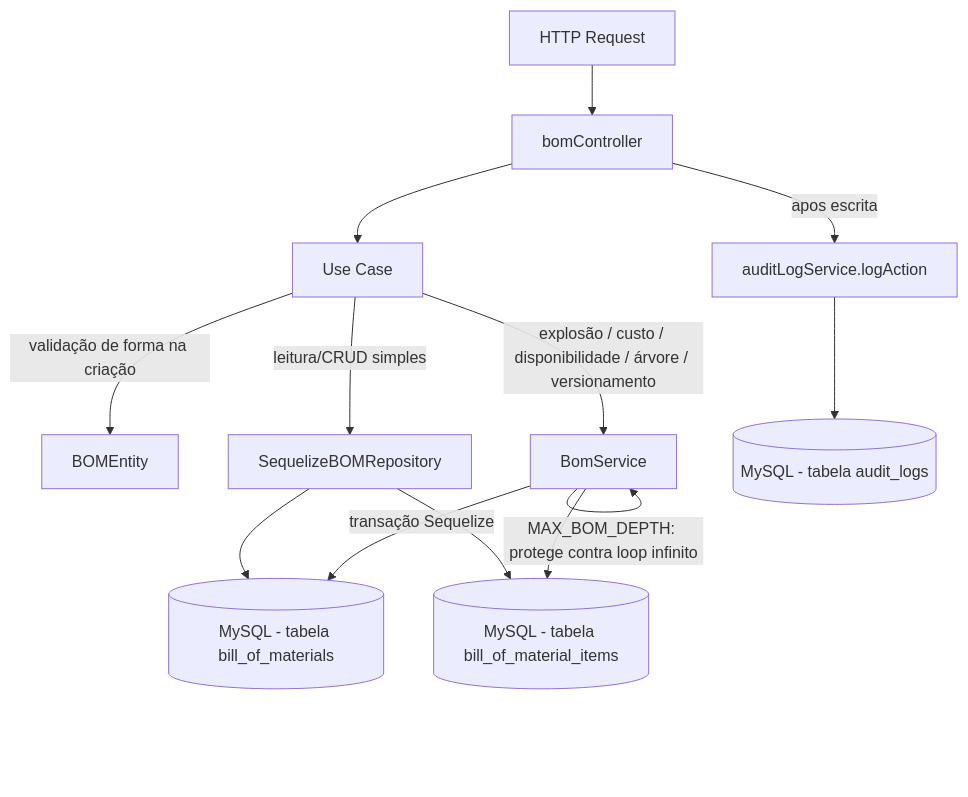
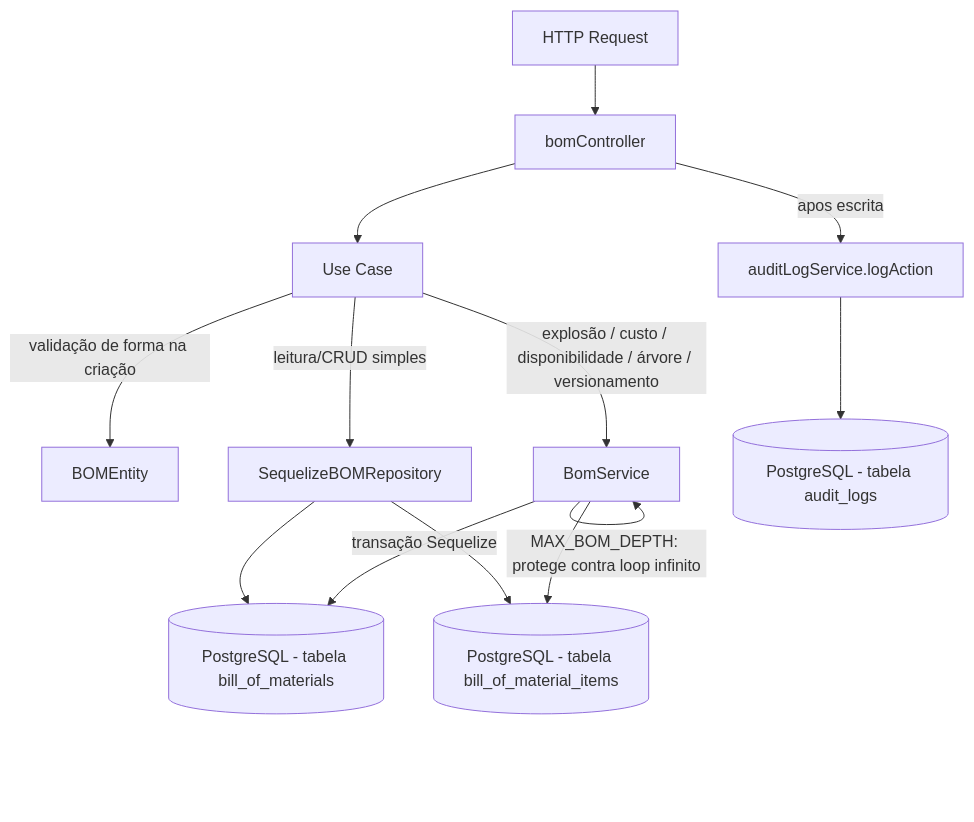
One commit to RomulosouzaEvok/ERP-EVOK-AUDIO-LTDA changed the diagram in server/src/modules/bom/README.md. Above: the diagram before and after it, drawn with Mermaid. The commit also changed other lines of this file and 452 other files, not shown here.

Commit message:
chore: consolidate TypeScript backend and Blackbox roadmap

````diff
--- a/server/src/modules/bom/README.md
+++ b/server/src/modules/bom/README.md
@@ -186,15 +186,15 @@
 ```mermaid
 flowchart TD
   A[HTTP Request] --> B[bomController]
   B --> C[Use Case]
   C -->|validação de forma na criação| D[BOMEntity]
   C -->|leitura/CRUD simples| E[SequelizeBOMRepository]
   C -->|explosão / custo / disponibilidade / árvore / versionamento| F[BomService]
   F -->|MAX_BOM_DEPTH: protege contra loop infinito| F
-  F -->|transação Sequelize| G[(MySQL - tabela bill_of_materials)]
-  F --> H[(MySQL - tabela bill_of_material_items)]
+  F -->|transação Sequelize| G[(PostgreSQL - tabela bill_of_materials)]
+  F --> H[(PostgreSQL - tabela bill_of_material_items)]
   E --> G
   E --> H
   B -->|apos escrita| I[auditLogService.logAction]
-  I --> J[(MySQL - tabela audit_logs)]
+  I --> J[(PostgreSQL - tabela audit_logs)]
 ```
````
